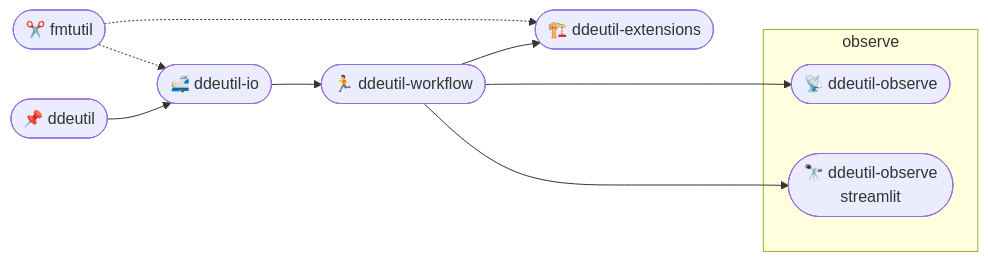
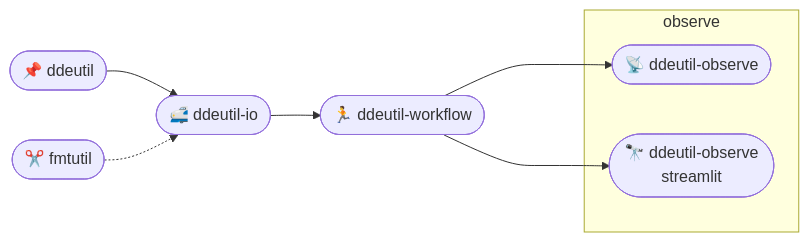
Before and after one commit to ddeutils/.github: the first of 2 diagrams in profile/README.md, drawn with Mermaid. The commit also changed other lines of this file, not shown here.

````diff
--- a/profile/README.md
+++ b/profile/README.md
@@ -10,14 +10,12 @@
 ```mermaid
 flowchart LR
    1([📌 ddeutil]) --> 2([🚅 ddeutil-io]) --> 3([🏃 ddeutil-workflow]) ---> 4
 
    subgraph observe
       4([📡 ddeutil-observe])
       6([🔭 ddeutil-observe<br>streamlit])
    end
 
-   3 --> 5([🏗️ ddeutil-extensions])
    3 --> 6
    0([✂️ fmtutil]) -.-> 2
-   0 -.-> 5
 ```
````
